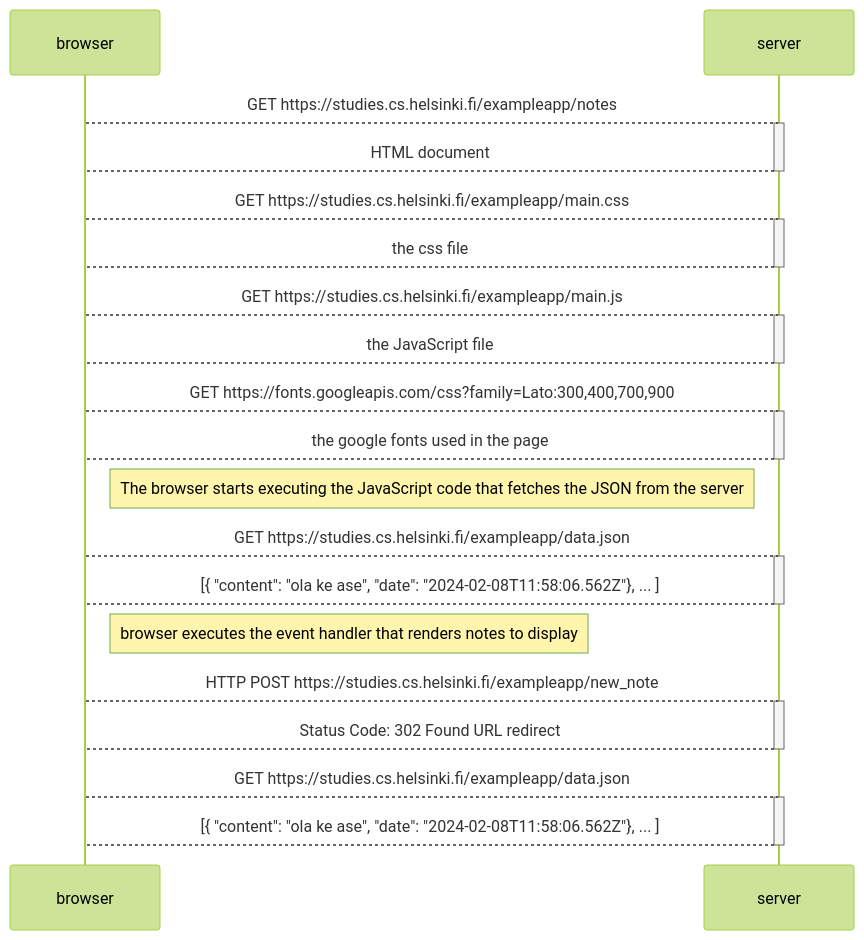
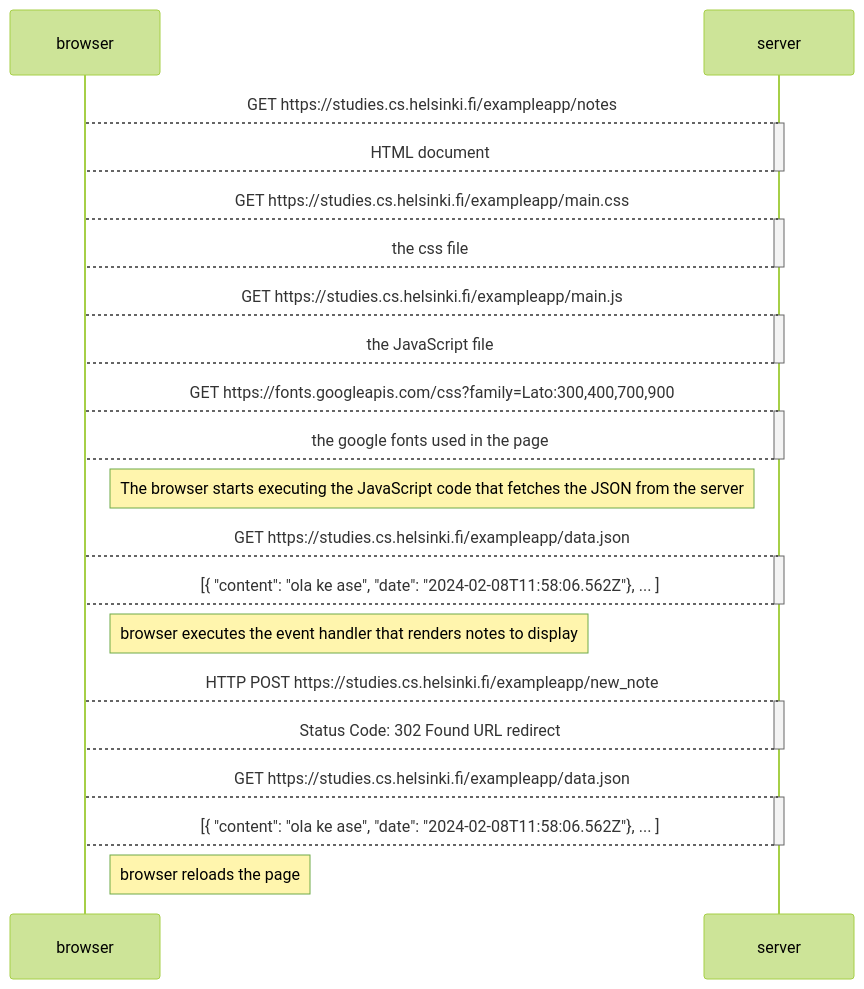
One commit to luchosr/fullstack-open changed the diagram in part0/0.4.md. Above: the diagram before and after it, drawn with Mermaid (forest theme).

Commit message:
update notes

````diff
--- a/part0/0.4.md
+++ b/part0/0.4.md
@@ -1,44 +1,46 @@
 ```mermaid
 sequenceDiagram
     participant browser
     participant server
 
     browser-->server: GET https://studies.cs.helsinki.fi/exampleapp/notes
     activate server
     server-->browser: HTML document
     deactivate server
 
     browser-->server: GET https://studies.cs.helsinki.fi/exampleapp/main.css
     activate server
     server-->browser: the css file
     deactivate server
 
     browser-->server: GET https://studies.cs.helsinki.fi/exampleapp/main.js
     activate server
     server-->browser: the JavaScript file
     deactivate server
 
     browser-->server: GET https://fonts.googleapis.com/css?family=Lato:300,400,700,900
     activate server
     server-->browser: the google fonts used in the page
     deactivate server
 
     Note right of browser: The browser starts executing the JavaScript code that fetches the JSON from the server
 
     browser-->server: GET https://studies.cs.helsinki.fi/exampleapp/data.json
     activate server
     server-->browser: [{ "content": "ola ke ase", "date": "2024-02-08T11:58:06.562Z"}, ... ]
     deactivate server
 
     Note right of browser: browser executes the event handler that renders notes to display
 
     browser-->server: HTTP POST https://studies.cs.helsinki.fi/exampleapp/new_note
     activate server
     server-->browser: Status Code: 302 Found URL redirect
     deactivate server
 
     browser-->server: GET https://studies.cs.helsinki.fi/exampleapp/data.json
     activate server
     server-->browser: [{ "content": "ola ke ase", "date": "2024-02-08T11:58:06.562Z"}, ... ]
     deactivate server
+
+     Note right of browser: browser reloads the page
 ```
````
